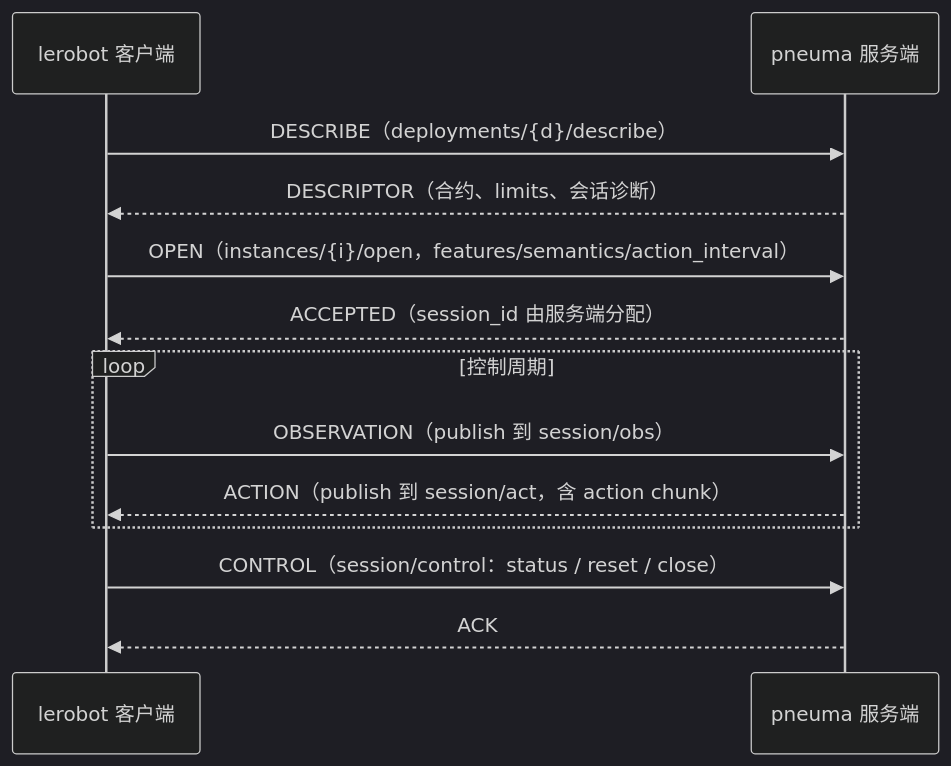
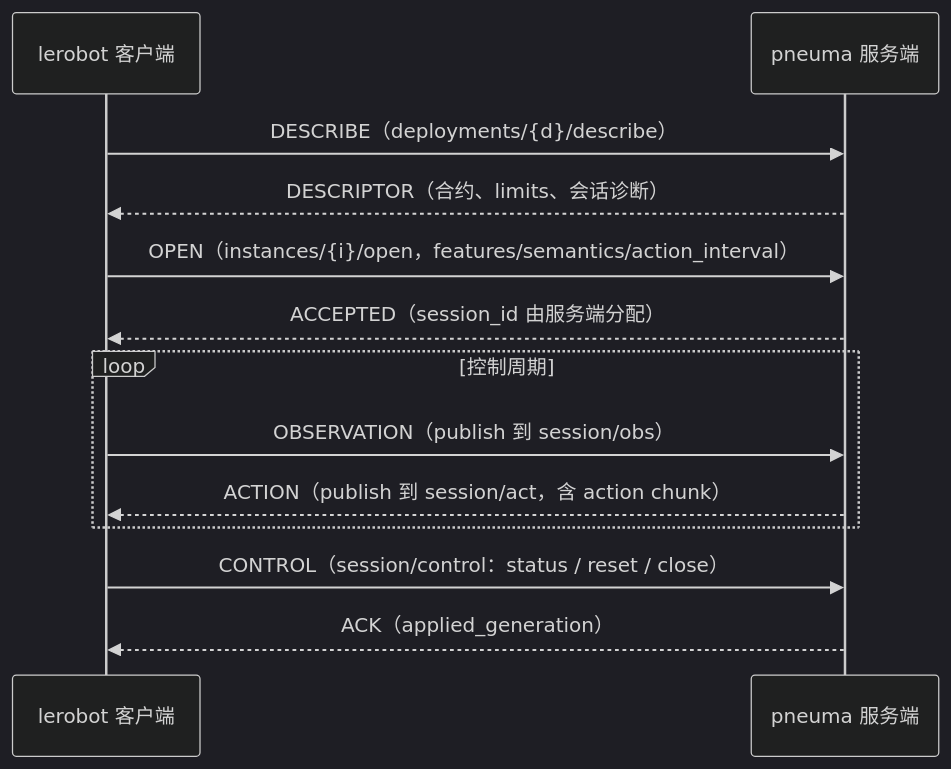
The second of 2 diagrams in README.md (ptrdlr14/pneuma), drawn with Mermaid (dark theme) before and after one commit. The commit also changed other lines of this file and 21 other files, not shown here.

````diff
--- a/README.md
+++ b/README.md
@@ -93,16 +93,16 @@
 ```mermaid
 sequenceDiagram
     participant C as lerobot 客户端
     participant S as pneuma 服务端
 
     C->>S: DESCRIBE（deployments/{d}/describe）
     S-->>C: DESCRIPTOR（合约、limits、会话诊断）
     C->>S: OPEN（instances/{i}/open，features/semantics/action_interval）
     S-->>C: ACCEPTED（session_id 由服务端分配）
     loop 控制周期
         C->>S: OBSERVATION（publish 到 session/obs）
         S-->>C: ACTION（publish 到 session/act，含 action chunk）
     end
     C->>S: CONTROL（session/control：status / reset / close）
-    S-->>C: ACK
+    S-->>C: ACK（applied_generation）
 ```
````
